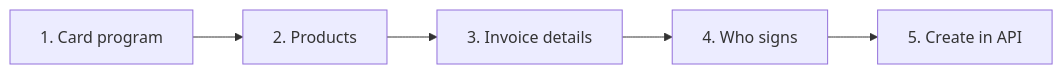
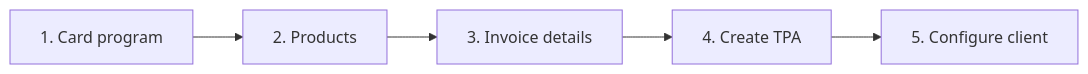
One commit to marc-opencard/developers.opencard.io changed the second of 2 diagrams in ems/customer-onboarding.mdx. Above: the diagram before and after it, drawn with Mermaid. The commit also changed other lines of this file, not shown here.

First line of the commit message:
Clarify client setup steps for developers on onboarding overview.

````diff
--- a/ems/customer-onboarding.mdx
+++ b/ems/customer-onboarding.mdx
@@ -60,7 +60,7 @@
 ```mermaid
 flowchart LR
     A[1. Card program] --> B[2. Products]
     B --> C[3. Invoice details]
-    C --> D[4. Who signs]
-    D --> E[5. Create in API]
+    C --> D[4. Create TPA]
+    D --> E[5. Configure client]
 ```
````
